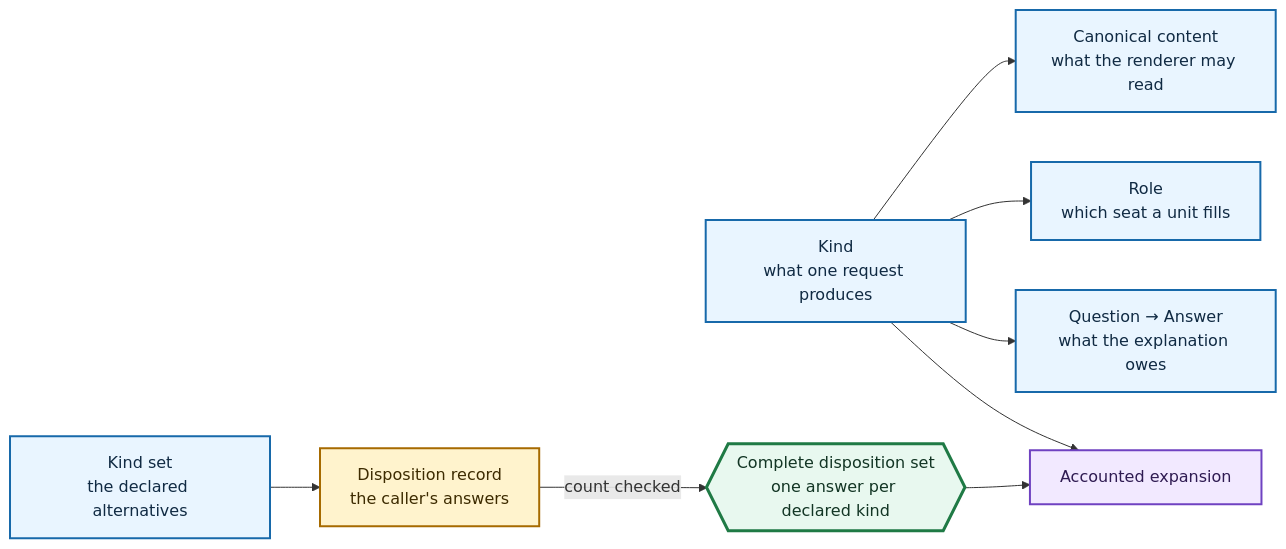
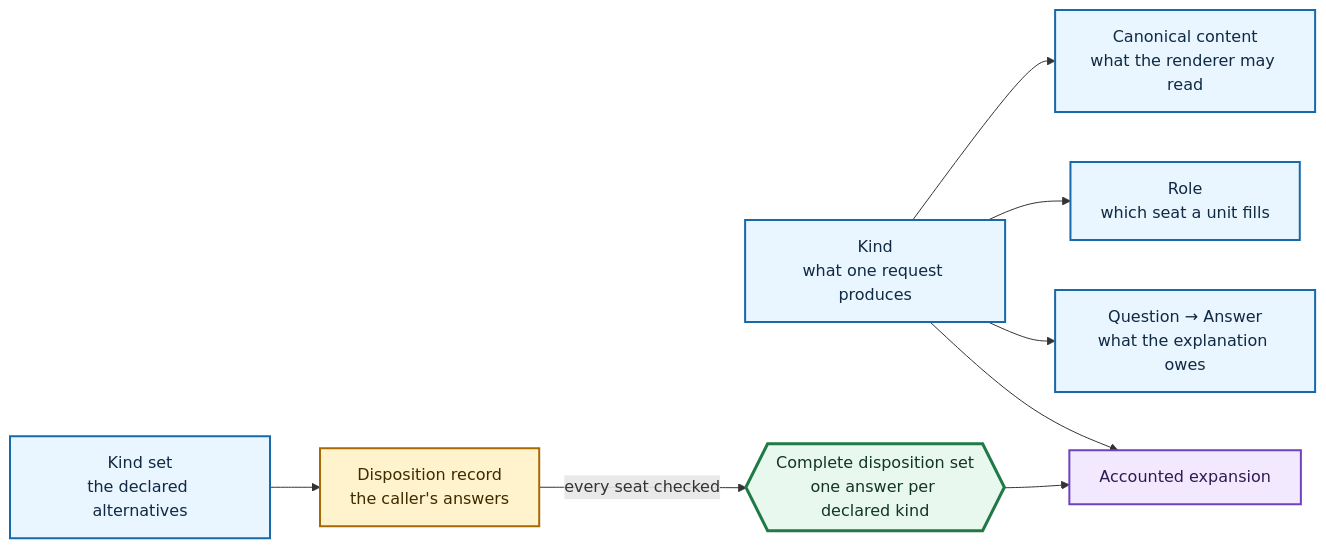
The diagram in macros/compiler/src/kind/README.md (freebatteryfactory/Macroonz), drawn with Mermaid before and after one commit. The commit also changed other lines of this file and 7 other files, not shown here.

````diff
--- a/macros/compiler/src/kind/README.md
+++ b/macros/compiler/src/kind/README.md
@@ -8,27 +8,27 @@
 ```mermaid
 flowchart LR
     K["Kind<br/>what one request produces"]
     C["Canonical content<br/>what the renderer may read"]
     R["Role<br/>which seat a unit fills"]
     Q["Question → Answer<br/>what the explanation owes"]
     S["Kind set<br/>the declared alternatives"]
     D["Disposition record<br/>the caller's answers"]
     W{{"Complete disposition set<br/>one answer per declared kind"}}
     A["Accounted expansion"]
 
     K --> C
     K --> R
     K --> Q
-    S --> D -->|"count checked"| W
+    S --> D -->|"every seat checked"| W
     K --> A
     W --> A
 
     classDef owner fill:#e9f5ff,stroke:#1769aa,color:#102a43,stroke-width:2px
     classDef input fill:#fff3cd,stroke:#a66a00,color:#3d2b00,stroke-width:2px
     classDef witness fill:#e8f8ef,stroke:#1f7a45,color:#123524,stroke-width:3px
     classDef result fill:#f2e9ff,stroke:#6f42c1,color:#2f1b52,stroke-width:2px
     class K,C,R,Q,S owner
     class D input
     class W witness
     class A result
 ```
````
